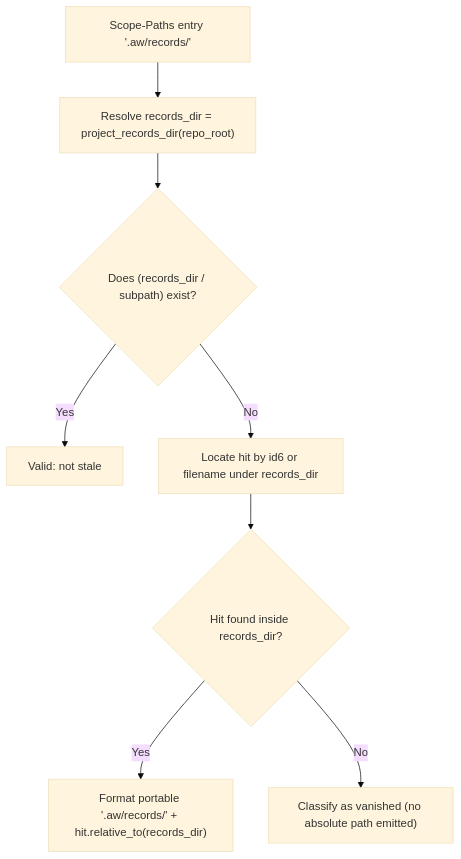
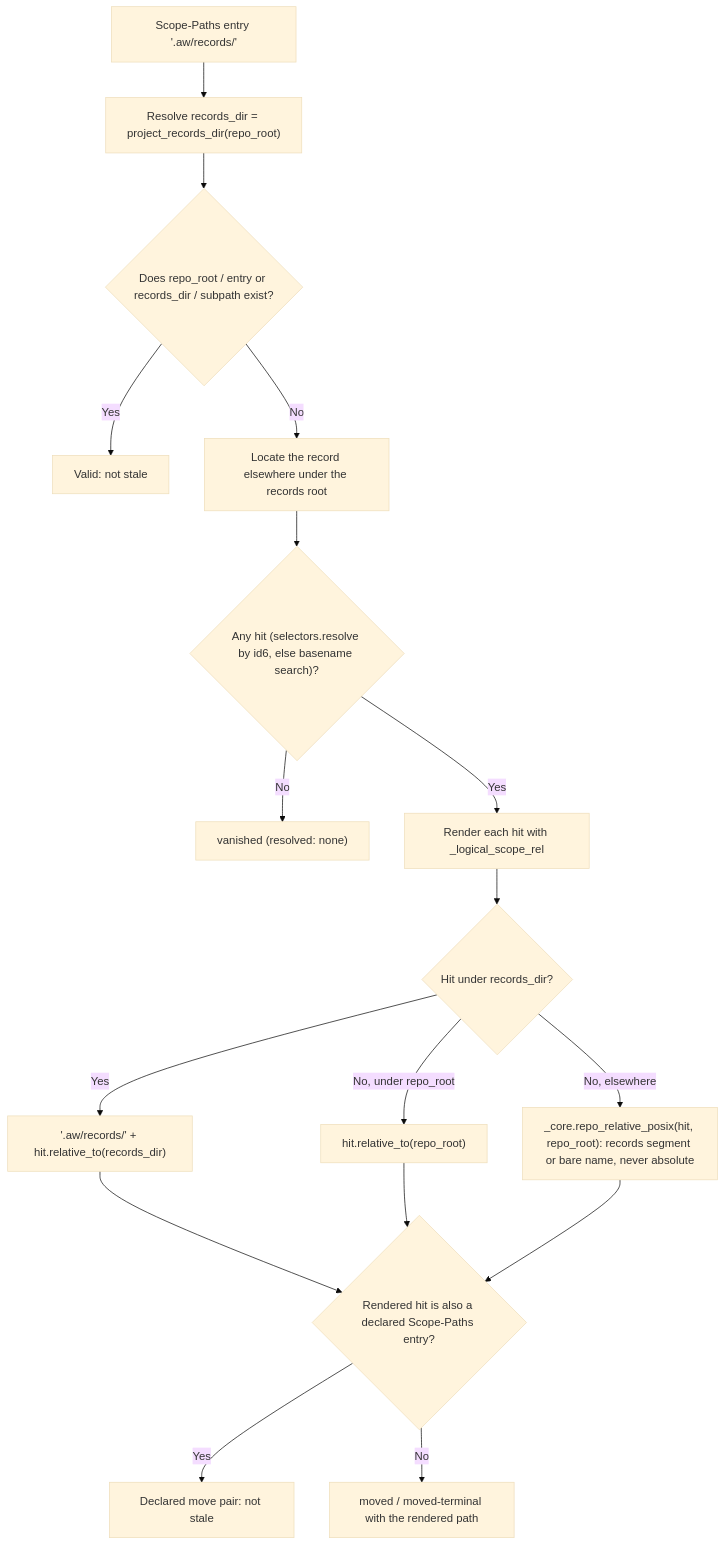
The diagram in .aw/records/plans/pending/20261121-dogfood-bugs-04-p0hq1k-resolve-companion-records-paths-in-check-scope-path-target-s.ipd.md (fariello/agent-workflows), drawn with Mermaid (base theme) before and after one commit. The commit also changed other lines of this file and 1 other file, not shown here.

````diff
--- a/.aw/records/plans/pending/20261121-dogfood-bugs-04-p0hq1k-resolve-companion-records-paths-in-check-scope-path-target-s.ipd.md
+++ b/.aw/records/plans/pending/20261121-dogfood-bugs-04-p0hq1k-resolve-companion-records-paths-in-check-scope-path-target-s.ipd.md
@@ -32,10 +35,19 @@
 ```mermaid
 flowchart TD
     A["Scope-Paths entry '.aw/records/<subpath>'"] --> B["Resolve records_dir = project_records_dir(repo_root)"]
-    B --> C{"Does (records_dir / subpath) exist?"}
+    B --> C{"Does repo_root / entry or records_dir / subpath exist?"}
     C -->|Yes| D["Valid: not stale"]
-    C -->|No| E["Locate hit by id6 or filename under records_dir"]
-    E --> F{"Hit found inside records_dir?"}
-    F -->|Yes| G["Format portable '.aw/records/' + hit.relative_to(records_dir)"]
-    F -->|No| H["Classify as vanished (no absolute path emitted)"]
+    C -->|No| E["Locate the record elsewhere under the records root"]
+    E --> N{"Any hit (selectors.resolve by id6, else basename search)?"}
+    N -->|No| H["vanished (resolved: none)"]
+    N -->|Yes| R["Render each hit with _logical_scope_rel"]
+    R --> F{"Hit under records_dir?"}
+    F -->|Yes| G["'.aw/records/' + hit.relative_to(records_dir)"]
+    F -->|"No, under repo_root"| G2["hit.relative_to(repo_root)"]
+    F -->|"No, elsewhere"| G3["_core.repo_relative_posix(hit, repo_root): records segment or bare name, never absolute"]
+    G --> P{"Rendered hit is also a declared Scope-Paths entry?"}
+    G2 --> P
+    G3 --> P
+    P -->|Yes| S["Declared move pair: not stale"]
+    P -->|No| K["moved / moved-terminal with the rendered path"]
 ```
````
